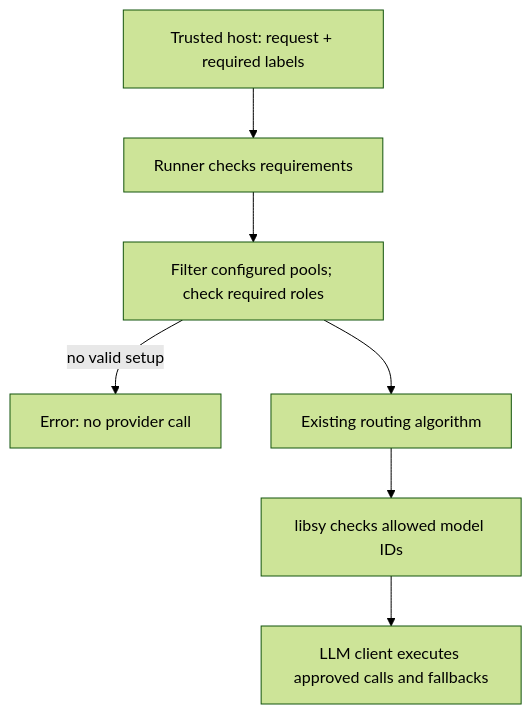
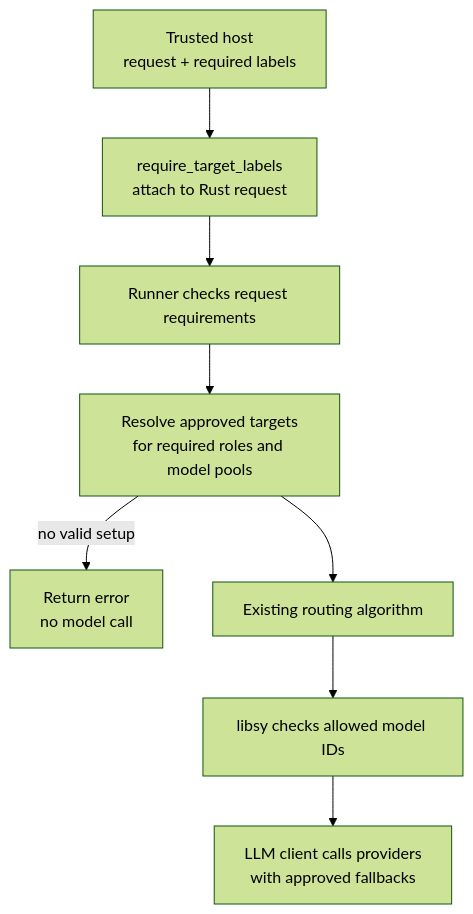
The diagram in docs/internal/privacy-routing-spike.md (NVIDIA-NeMo/Switchyard), drawn with Mermaid (forest theme) before and after one commit. The commit also changed other lines of this file and 3 other files, not shown here.

Commit message:
feat(runner): add ordered target alternatives

````diff
--- a/docs/internal/privacy-routing-spike.md
+++ b/docs/internal/privacy-routing-spike.md
@@ -76,9 +116,10 @@
 ```mermaid
 flowchart TD
-    H["Trusted host: request + required labels"] --> A["Runner checks requirements"]
-    A --> P["Filter configured pools; check required roles"]
-    P -->|"no valid setup"| E["Error: no provider call"]
-    P --> R["Existing routing algorithm"]
+    H["Trusted host<br/>request + required labels"] --> A["require_target_labels<br/>attach to Rust request"]
+    A --> P["Runner checks request requirements"]
+    P --> B["Resolve approved targets<br/>for required roles and model pools"]
+    B -->|"no valid setup"| E["Return error<br/>no model call"]
+    B --> R["Existing routing algorithm"]
     R --> G["libsy checks allowed model IDs"]
-    G --> C["LLM client executes approved calls and fallbacks"]
+    G --> C["LLM client calls providers<br/>with approved fallbacks"]
 ```
````
